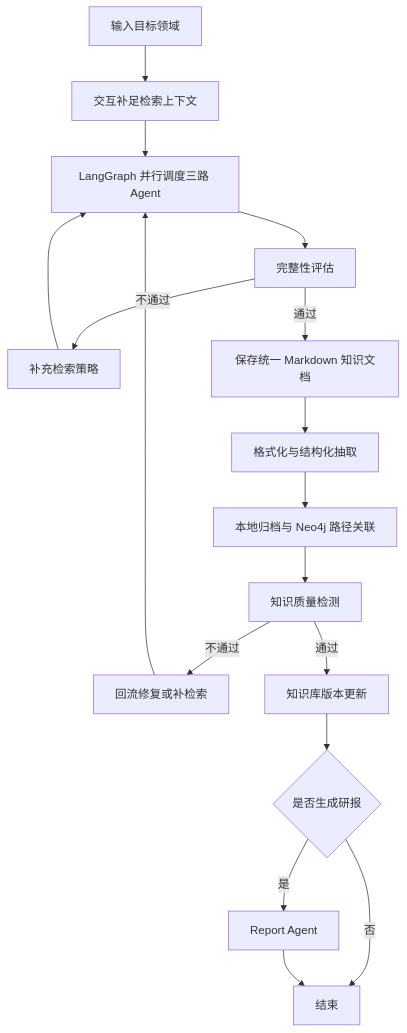
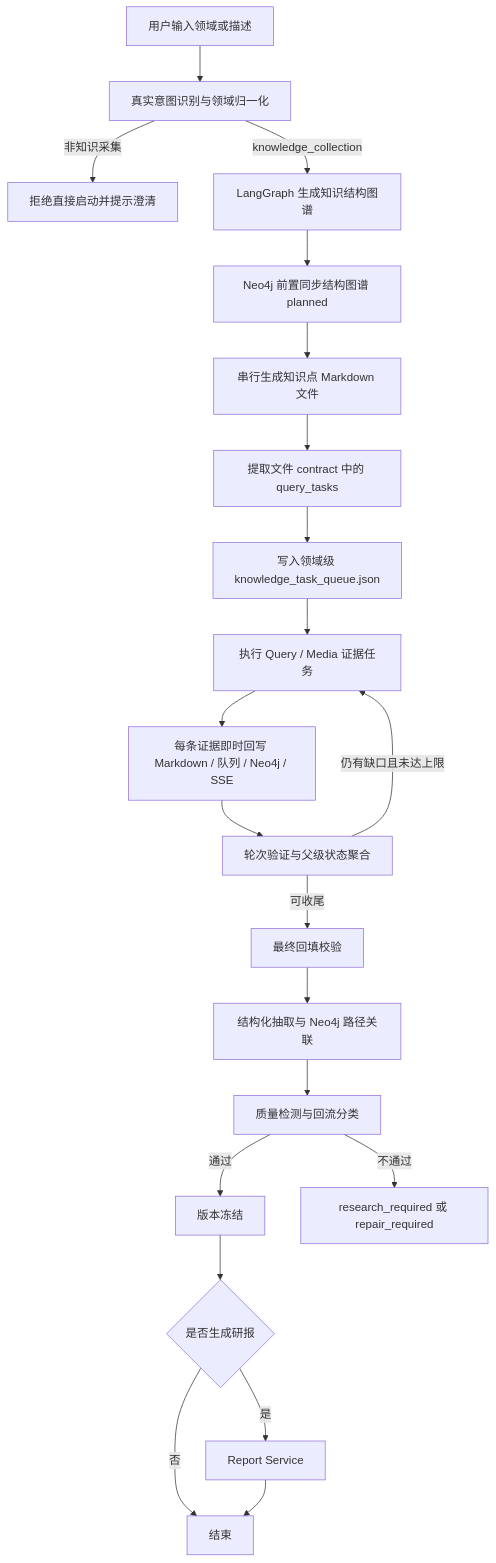
The diagram in docs/项目需求.md (crabin/knowledgeforge), drawn with Mermaid before and after one commit. The commit also changed other lines of this file and 7 other files, not shown here.

````diff
--- a/docs/项目需求.md
+++ b/docs/项目需求.md
@@ -34,19 +35,23 @@
 ```mermaid
 flowchart TD
-    A[输入目标领域] --> B[交互补足检索上下文]
-    B --> C[LangGraph 并行调度三路 Agent]
-    C --> D[完整性评估]
-    D -->|不通过| E[补充检索策略]
-    E --> C
-    D -->|通过| F[保存统一 Markdown 知识文档]
-    F --> G[格式化与结构化抽取]
-    G --> H[本地归档与 Neo4j 路径关联]
-    H --> I[知识质量检测]
-    I -->|不通过| J[回流修复或补检索]
-    J --> C
-    I -->|通过| K[知识库版本更新]
-    K --> L{是否生成研报}
-    L -->|是| M[Report Agent]
-    L -->|否| N[结束]
-    M --> N
+    A[用户输入领域或描述] --> B[真实意图识别与领域归一化]
+    B -->|非知识采集| X[拒绝直接启动并提示澄清]
+    B -->|knowledge_collection| C[LangGraph 生成知识结构图谱]
+    C --> D[Neo4j 前置同步结构图谱 planned]
+    D --> E[串行生成知识点 Markdown 文件]
+    E --> F[提取文件 contract 中的 query_tasks]
+    F --> G[写入领域级 knowledge_task_queue.json]
+    G --> H[执行 Query / Media 证据任务]
+    H --> I[每条证据即时回写 Markdown / 队列 / Neo4j / SSE]
+    I --> J[轮次验证与父级状态聚合]
+    J -->|仍有缺口且未达上限| H
+    J -->|可收尾| K[最终回填校验]
+    K --> L[结构化抽取与 Neo4j 路径关联]
+    L --> M[质量检测与回流分类]
+    M -->|通过| N[版本冻结]
+    M -->|不通过| O[research_required 或 repair_required]
+    N --> P{是否生成研报}
+    P -->|是| Q[Report Service]
+    P -->|否| R[结束]
+    Q --> R
 ```
````
